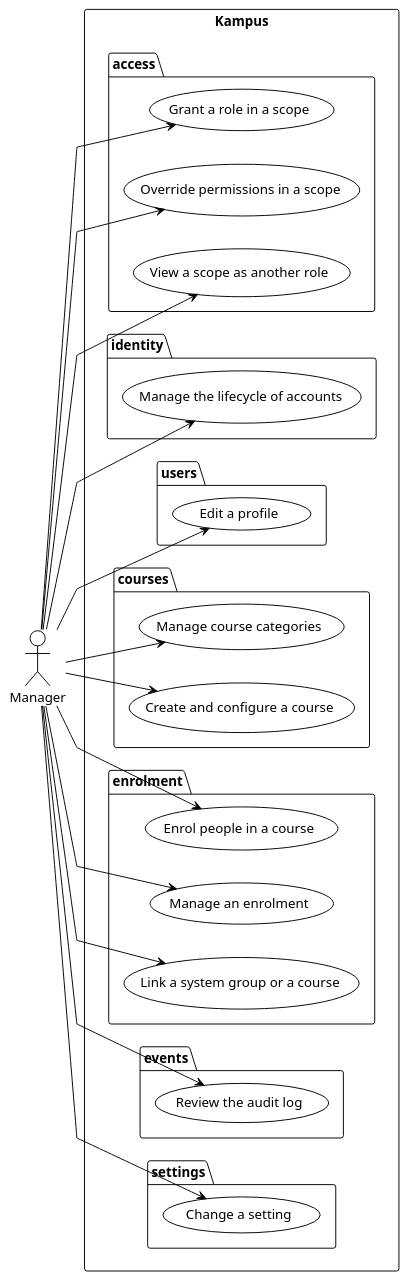
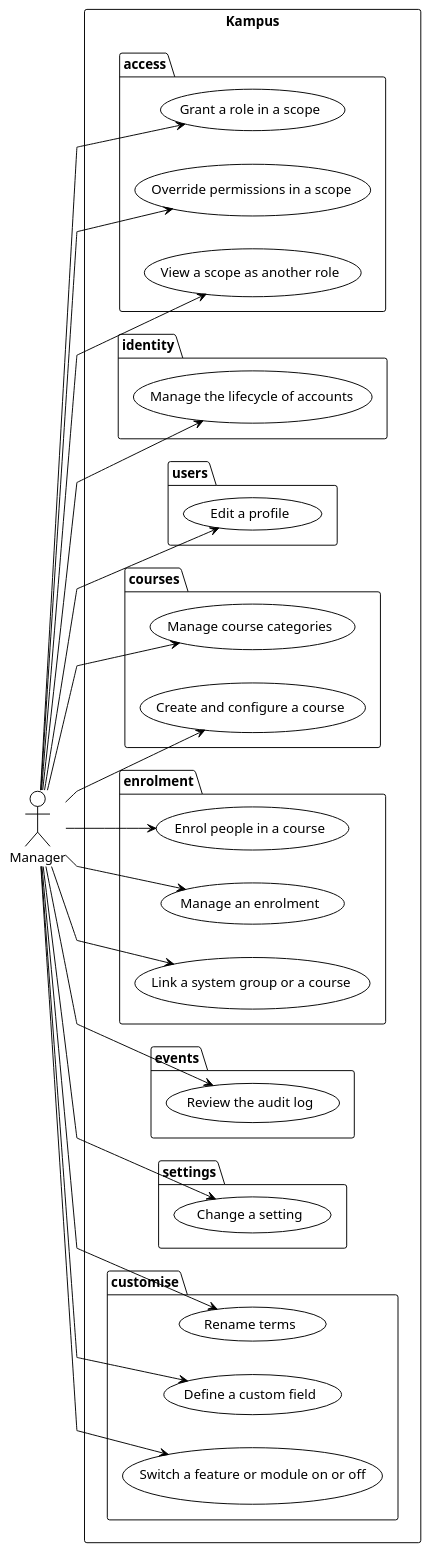
The diagram in docs/01-requirements/use-cases-manager.puml (didactika/kampus), drawn with PlantUML before and after one commit. The commit also changed 162 other files, not shown here.

```diff
--- a/docs/01-requirements/use-cases-manager.puml
+++ b/docs/01-requirements/use-cases-manager.puml
@@ -1,50 +1,58 @@
 @startuml
 !theme plain
 skinparam linetype polyline
 left to right direction
 
 actor "Manager" as A_Manager
 
 rectangle "Kampus" {
   package "access" {
     usecase "Grant a role in a scope" as UC_grantRole
     usecase "Override permissions in a scope" as UC_overridePermission
     usecase "View a scope as another role" as UC_viewAsRole
   }
   package "identity" {
     usecase "Manage the lifecycle of accounts" as UC_manageAccountLifecycle
   }
   package "users" {
     usecase "Edit a profile" as UC_editProfile
   }
   package "courses" {
     usecase "Manage course categories" as UC_manageCategories
     usecase "Create and configure a course" as UC_createCourse
   }
   package "enrolment" {
     usecase "Enrol people in a course" as UC_enrolPeople
     usecase "Manage an enrolment" as UC_manageEnrolment
     usecase "Link a system group or a course" as UC_linkEnrolmentSource
   }
   package "events" {
     usecase "Review the audit log" as UC_reviewAuditLog
   }
   package "settings" {
     usecase "Change a setting" as UC_changeSetting
   }
+  package "customise" {
+    usecase "Rename terms" as UC_renameTerms
+    usecase "Define a custom field" as UC_defineCustomField
+    usecase "Switch a feature or module on or off" as UC_switchFeature
+  }
 }
 
 A_Manager --> UC_grantRole
 A_Manager --> UC_overridePermission
 A_Manager --> UC_viewAsRole
 A_Manager --> UC_manageAccountLifecycle
 A_Manager --> UC_editProfile
 A_Manager --> UC_manageCategories
 A_Manager --> UC_createCourse
 A_Manager --> UC_enrolPeople
 A_Manager --> UC_manageEnrolment
 A_Manager --> UC_linkEnrolmentSource
 A_Manager --> UC_reviewAuditLog
 A_Manager --> UC_changeSetting
+A_Manager --> UC_renameTerms
+A_Manager --> UC_defineCustomField
+A_Manager --> UC_switchFeature
 
 @enduml
```
